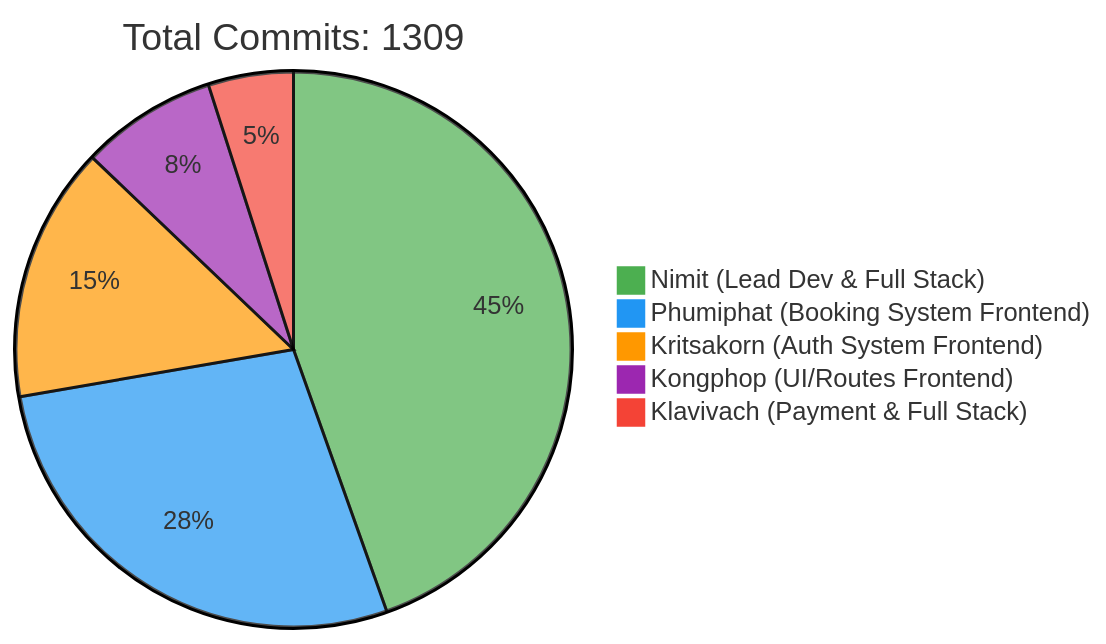
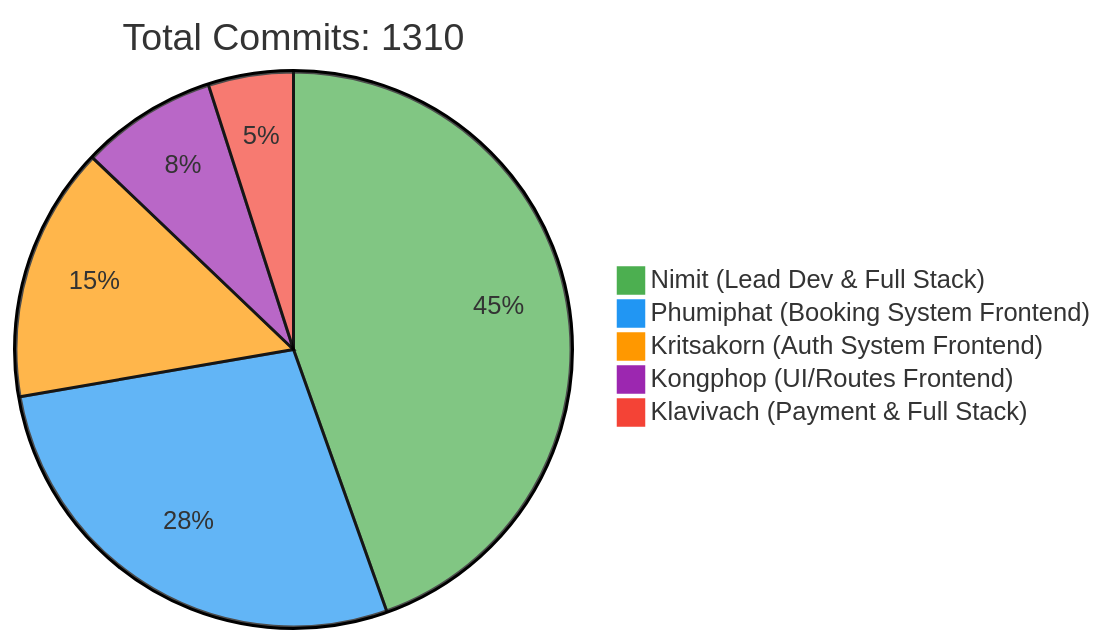
One commit to 6531503042/Sport-Complex changed the first of 2 diagrams in README.md. Above: the diagram before and after it, drawn with Mermaid. The commit also changed other lines of this file, not shown here.

Commit message:
docs: Update contributor statistics [skip ci]

````diff
--- a/README.md
+++ b/README.md
@@ -257,10 +257,10 @@
 ```mermaid
 %%{init: {'theme': 'base', 'themeVariables': { 'pie1': '#4CAF50', 'pie2': '#2196F3', 'pie3': '#FF9800', 'pie4': '#9C27B0', 'pie5': '#F44336'}}}%%
 pie
-    title Total Commits: 1309
+    title Total Commits: 1310
     "Nimit (Lead Dev & Full Stack)" : 450
     "Phumiphat (Booking System Frontend)" : 280
     "Kritsakorn (Auth System Frontend)" : 150
     "Kongphop (UI/Routes Frontend)" : 80
     "Klavivach (Payment & Full Stack)" : 50
 ```
````
